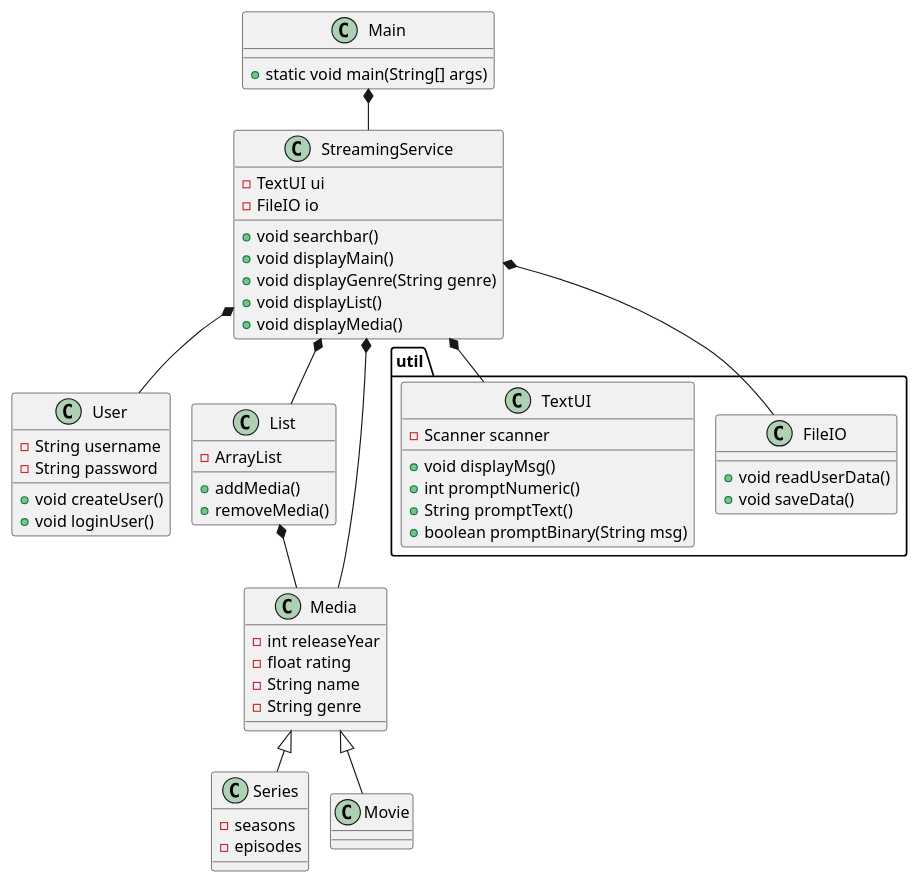
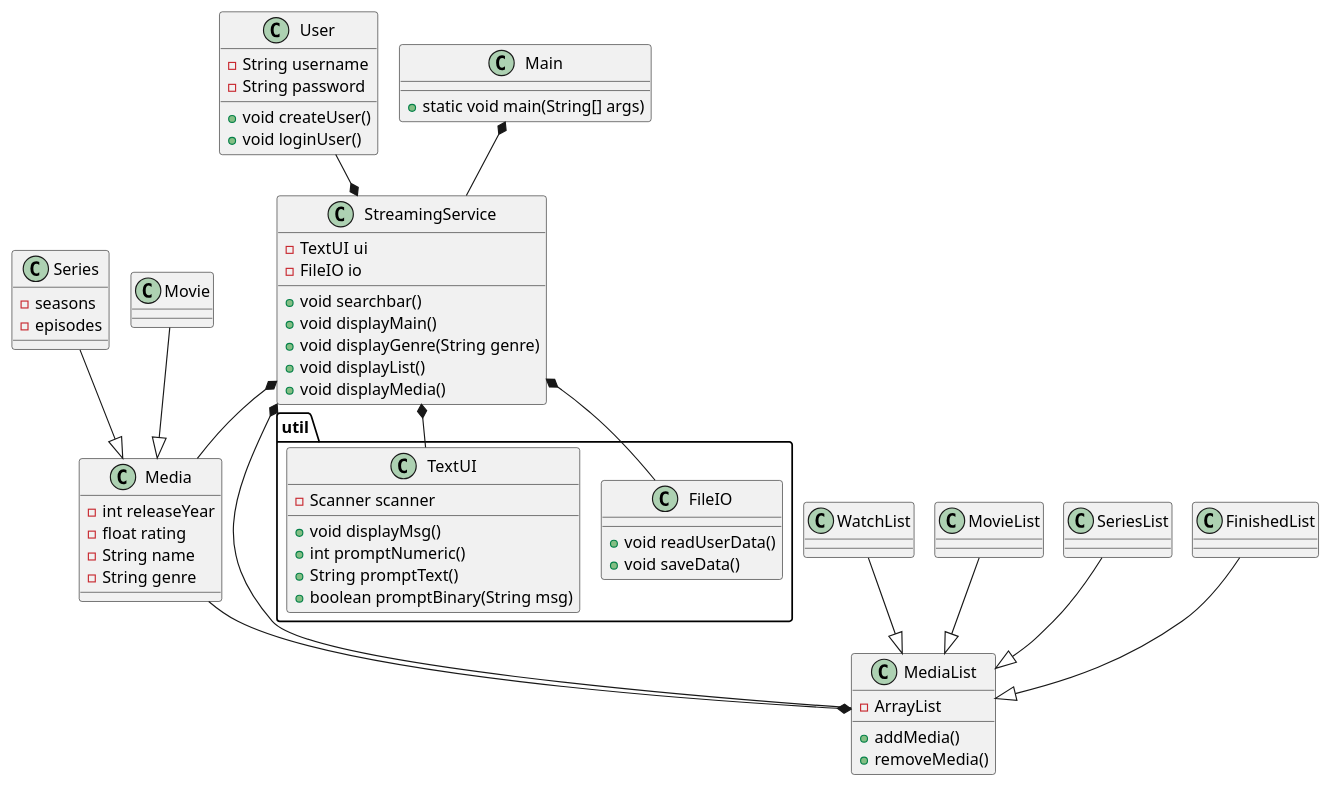
Before and after one commit to Bojuuh/SP3: the diagram in doc/ClassDiagramV01.puml, drawn with PlantUML.

Commit message:
Added ClassDiagram and DomainModel v.01.4sssss

```diff
--- a/doc/ClassDiagramV01.puml
+++ b/doc/ClassDiagramV01.puml
@@ -1,89 +1,93 @@
 @startuml
 'https://plantuml.com/sequence-diagram
 !pragma layout smetana
 
 class User{
 - String username
 - String password
 + void createUser()
 + void loginUser()
 }
 
 class Main{
 
 + static void main(String[] args)
 }
 
 class StreamingService{
 
 + void searchbar()
 - TextUI ui
 - FileIO io
 + void displayMain()
 + void displayGenre(String genre)
 + void displayList()
 + void displayMedia()
 
 
 
 }
 
-class List{
+class MediaList{
 
 - ArrayList
 + addMedia()
 + removeMedia()
 
 
 }
 
 package "util" {
 
 class FileIO{
 + void readUserData()
 + void saveData()
 
 }
 class TextUI{
 - Scanner scanner
 + void displayMsg()
 + int promptNumeric()
 + String promptText()
 + boolean promptBinary(String msg)
 
 }
 }
 
 class Media{
 
 - int releaseYear
 - float rating
 - String name
 - String genre
 
 
 
 }
 
 class Series{
 
 - seasons
 - episodes
 
 }
 
-Media <|-- Movie
-Media <|-- Series
 
+Movie --|> Media
+Series --|> Media
 StreamingService *-- Media
 
 
+WatchList --|> MediaList
+MovieList --|> MediaList
+SeriesList --|> MediaList
+FinishedList --|> MediaList
 
 Main *-- StreamingService
-StreamingService *-- User
-StreamingService *-- List
-List *-- Media
+User --* StreamingService
+StreamingService *-- MediaList
+Media --* MediaList
 
 StreamingService *-- TextUI
 StreamingService *-- FileIO
 @enduml
```
